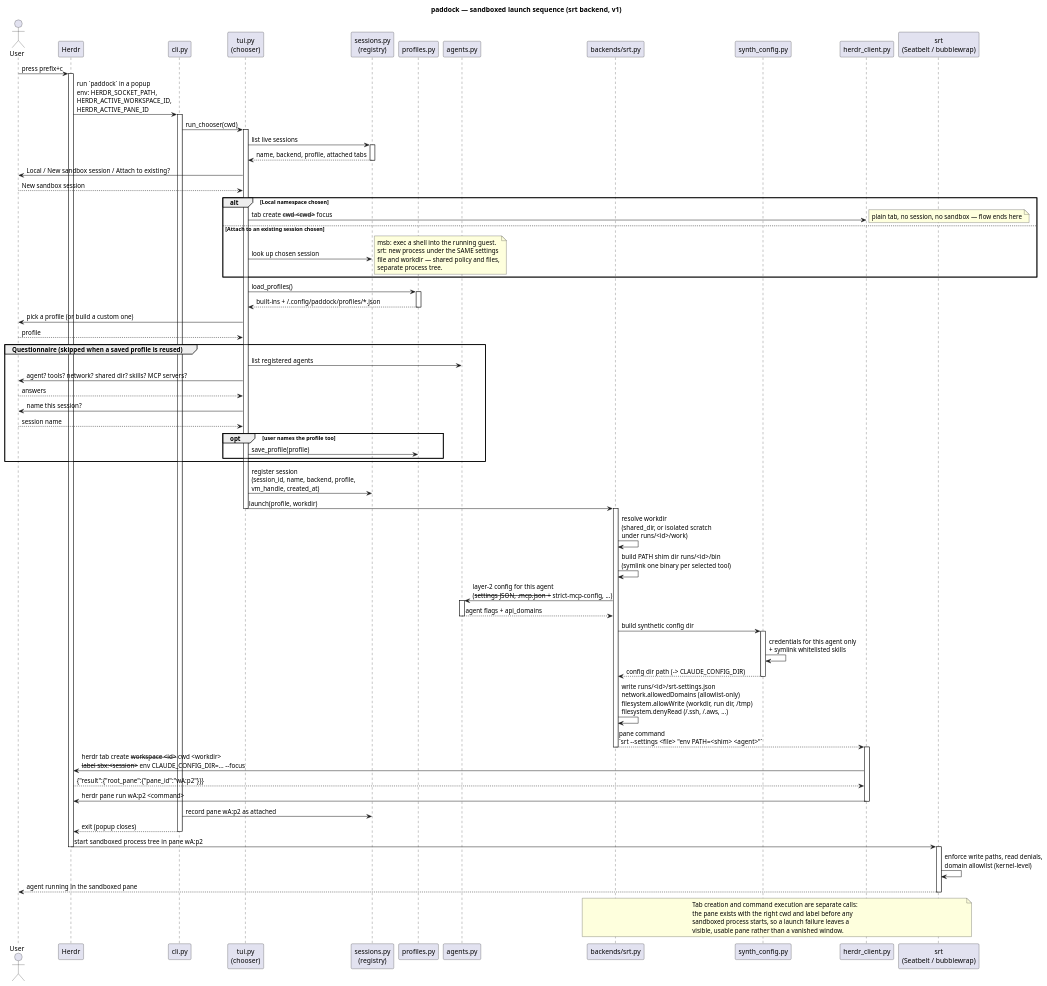
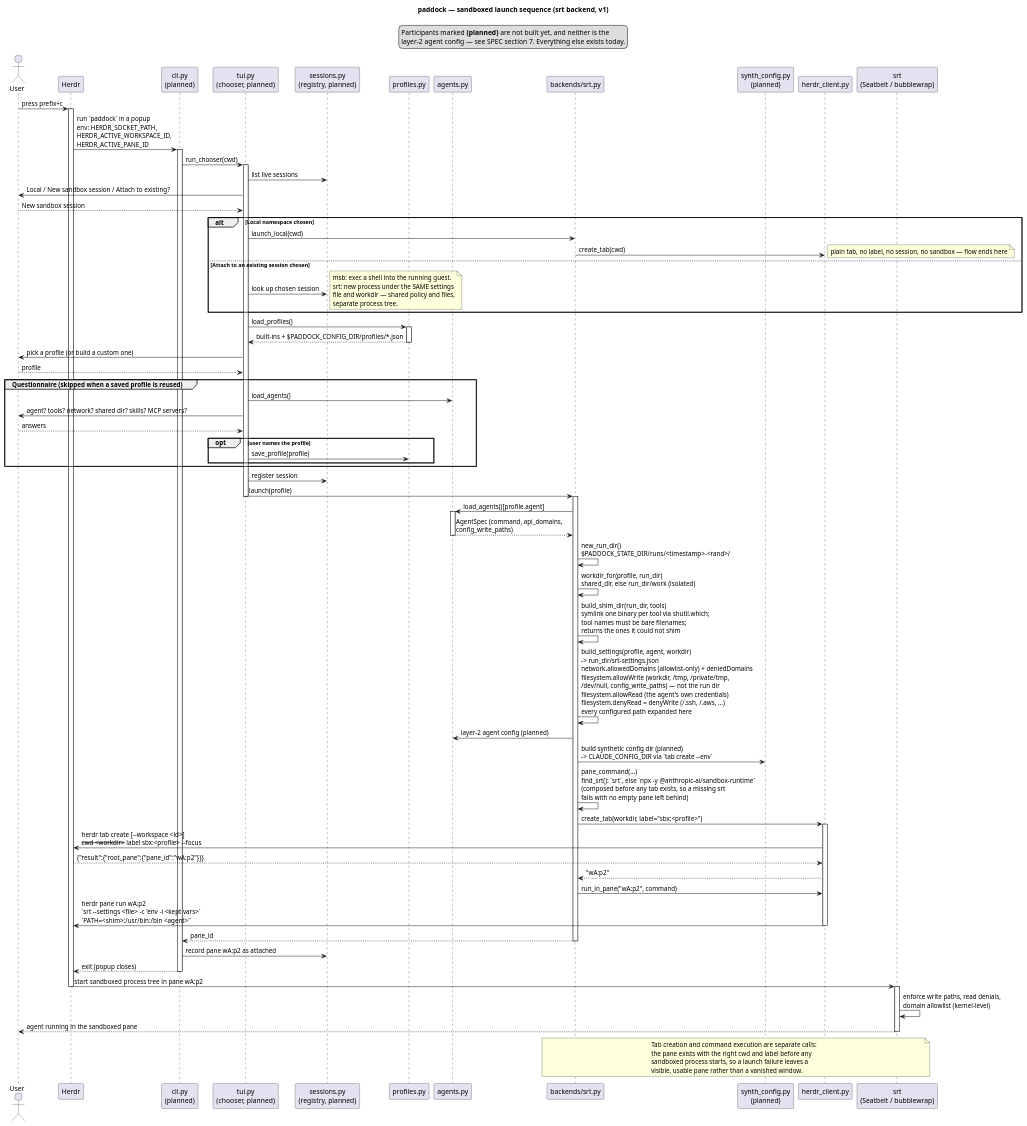
The diagram in docs/diagrams/launch_sequence.puml (paddock-sh/paddock), drawn with PlantUML before and after one commit. The commit also changed 14 other files, not shown here.

First line of the commit message:
[sandbox_core_launcher] herdr client and srt backend (#2)

```diff
--- a/docs/diagrams/launch_sequence.puml
+++ b/docs/diagrams/launch_sequence.puml
@@ -1,108 +1,111 @@
 @startuml launch_sequence
 title paddock — sandboxed launch sequence (srt backend, v1)
 
 skinparam shadowing false
 skinparam sequenceMessageAlign left
 
+legend top
+  Participants marked **(planned)** are not built yet, and neither is the
+  layer-2 agent config — see SPEC section 7. Everything else exists today.
+endlegend
+
 actor User
 participant "Herdr" as Herdr
-participant "cli.py" as CLI
-participant "tui.py\n(chooser)" as TUI
-participant "sessions.py\n(registry)" as Sessions
+participant "cli.py\n(planned)" as CLI
+participant "tui.py\n(chooser, planned)" as TUI
+participant "sessions.py\n(registry, planned)" as Sessions
 participant "profiles.py" as Profiles
 participant "agents.py" as Agents
 participant "backends/srt.py" as Backend
-participant "synth_config.py" as Synth
+participant "synth_config.py\n(planned)" as Synth
 participant "herdr_client.py" as Client
 participant "srt\n(Seatbelt / bubblewrap)" as Srt
 
 User -> Herdr : press prefix+c
 activate Herdr
 Herdr -> CLI : run `paddock` in a popup\nenv: HERDR_SOCKET_PATH,\nHERDR_ACTIVE_WORKSPACE_ID,\nHERDR_ACTIVE_PANE_ID
 activate CLI
 CLI -> TUI : run_chooser(cwd)
 activate TUI
 
 TUI -> Sessions : list live sessions
-activate Sessions
-Sessions --> TUI : name, backend, profile, attached tabs
-deactivate Sessions
 TUI -> User : Local / New sandbox session / Attach to existing?
 User --> TUI : New sandbox session
 
 alt Local namespace chosen
-  TUI -> Client : tab create --cwd <cwd> --focus
-  note right : plain tab, no session, no sandbox — flow ends here
+  TUI -> Backend : launch_local(cwd)
+  Backend -> Client : create_tab(cwd)
+  note right : plain tab, no label, no session, no sandbox — flow ends here
 else Attach to an existing session chosen
   TUI -> Sessions : look up chosen session
   note right
     msb: exec a shell into the running guest.
     srt: new process under the SAME settings
     file and workdir — shared policy and files,
     separate process tree.
   end note
 end
 
 TUI -> Profiles : load_profiles()
 activate Profiles
-Profiles --> TUI : built-ins + ~/.config/paddock/profiles/*.json
+Profiles --> TUI : built-ins + $PADDOCK_CONFIG_DIR/profiles/*.json
 deactivate Profiles
 TUI -> User : pick a profile (or build a custom one)
 User --> TUI : profile
 
 group Questionnaire (skipped when a saved profile is reused)
-  TUI -> Agents : list registered agents
+  TUI -> Agents : load_agents()
   TUI -> User : agent? tools? network? shared dir? skills? MCP servers?
   User --> TUI : answers
-  TUI -> User : name this session?
-  User --> TUI : session name
-  opt user names the profile too
+  opt user names the profile
     TUI -> Profiles : save_profile(profile)
   end
 end
 
-TUI -> Sessions : register session\n(session_id, name, backend, profile,\nvm_handle, created_at)
+TUI -> Sessions : register session
 
-TUI -> Backend : launch(profile, workdir)
+TUI -> Backend : launch(profile)
 deactivate TUI
 activate Backend
 
-Backend -> Backend : resolve workdir\n(shared_dir, or isolated scratch\nunder runs/<id>/work)
-Backend -> Backend : build PATH shim dir runs/<id>/bin\n(symlink one binary per selected tool)
-Backend -> Agents : layer-2 config for this agent\n(--settings JSON, .mcp.json + --strict-mcp-config, ...)
+Backend -> Agents : load_agents()[profile.agent]
 activate Agents
-Agents --> Backend : agent flags + api_domains
+Agents --> Backend : AgentSpec (command, api_domains,\nconfig_write_paths)
 deactivate Agents
-Backend -> Synth : build synthetic config dir
-activate Synth
-Synth -> Synth : credentials for this agent only\n+ symlink whitelisted skills
-Synth --> Backend : config dir path (-> CLAUDE_CONFIG_DIR)
-deactivate Synth
-Backend -> Backend : write runs/<id>/srt-settings.json\nnetwork.allowedDomains (allowlist-only)\nfilesystem.allowWrite (workdir, run dir, /tmp)\nfilesystem.denyRead (~/.ssh, ~/.aws, ...)
-Backend --> Client : pane command\n`srt --settings <file> "env PATH=<shim> <agent>"`
+Backend -> Backend : new_run_dir()\n$PADDOCK_STATE_DIR/runs/<timestamp>-<rand>/
+Backend -> Backend : workdir_for(profile, run_dir)\nshared_dir, else run_dir/work (isolated)
+Backend -> Backend : build_shim_dir(run_dir, tools)\nsymlink one binary per tool via shutil.which;\ntool names must be bare filenames;\nreturns the ones it could not shim
+Backend -> Backend : build_settings(profile, agent, workdir)\n-> run_dir/srt-settings.json\nnetwork.allowedDomains (allowlist-only) + deniedDomains\nfilesystem.allowWrite (workdir, /tmp, /private/tmp,\n/dev/null, config_write_paths) — not the run dir\nfilesystem.allowRead (the agent's own credentials)\nfilesystem.denyRead = denyWrite (~/.ssh, ~/.aws, ...)\nevery configured path expanded here
+Backend -> Agents : layer-2 agent config (planned)
+Backend -> Synth : build synthetic config dir (planned)\n-> CLAUDE_CONFIG_DIR via `tab create --env`
+Backend -> Backend : pane_command(...)\nfind_srt(): `srt`, else `npx -y @anthropic-ai/sandbox-runtime`\n(composed before any tab exists, so a missing srt\nfails with no empty pane left behind)
+
+Backend -> Client : create_tab(workdir, label="sbx:<profile>")
+activate Client
+Client -> Herdr : herdr tab create [--workspace <id>]\n--cwd <workdir> --label sbx:<profile> --focus
+Herdr --> Client : {"result":{"root_pane":{"pane_id":"wA:p2"}}}
+Client --> Backend : "wA:p2"
+Backend -> Client : run_in_pane("wA:p2", command)
+Client -> Herdr : herdr pane run wA:p2\n`srt --settings <file> -c 'env -i <kept vars>`\n`PATH=<shim>:/usr/bin:/bin <agent>'`
+deactivate Client
+Backend --> CLI : pane_id
 deactivate Backend
-
-activate Client
-Client -> Herdr : herdr tab create --workspace <id> --cwd <workdir>\n--label sbx:<session> --env CLAUDE_CONFIG_DIR=... --focus
-Herdr --> Client : {"result":{"root_pane":{"pane_id":"wA:p2"}}}
-Client -> Herdr : herdr pane run wA:p2 <command>
-deactivate Client
 CLI -> Sessions : record pane wA:p2 as attached
 CLI --> Herdr : exit (popup closes)
 deactivate CLI
 
 Herdr -> Srt : start sandboxed process tree in pane wA:p2
 deactivate Herdr
 activate Srt
 Srt -> Srt : enforce write paths, read denials,\ndomain allowlist (kernel-level)
 Srt --> User : agent running in the sandboxed pane
 deactivate Srt
 
 note over Backend, Srt
   Tab creation and command execution are separate calls:
   the pane exists with the right cwd and label before any
   sandboxed process starts, so a launch failure leaves a
   visible, usable pane rather than a vanished window.
 end note
 
 @enduml
```
